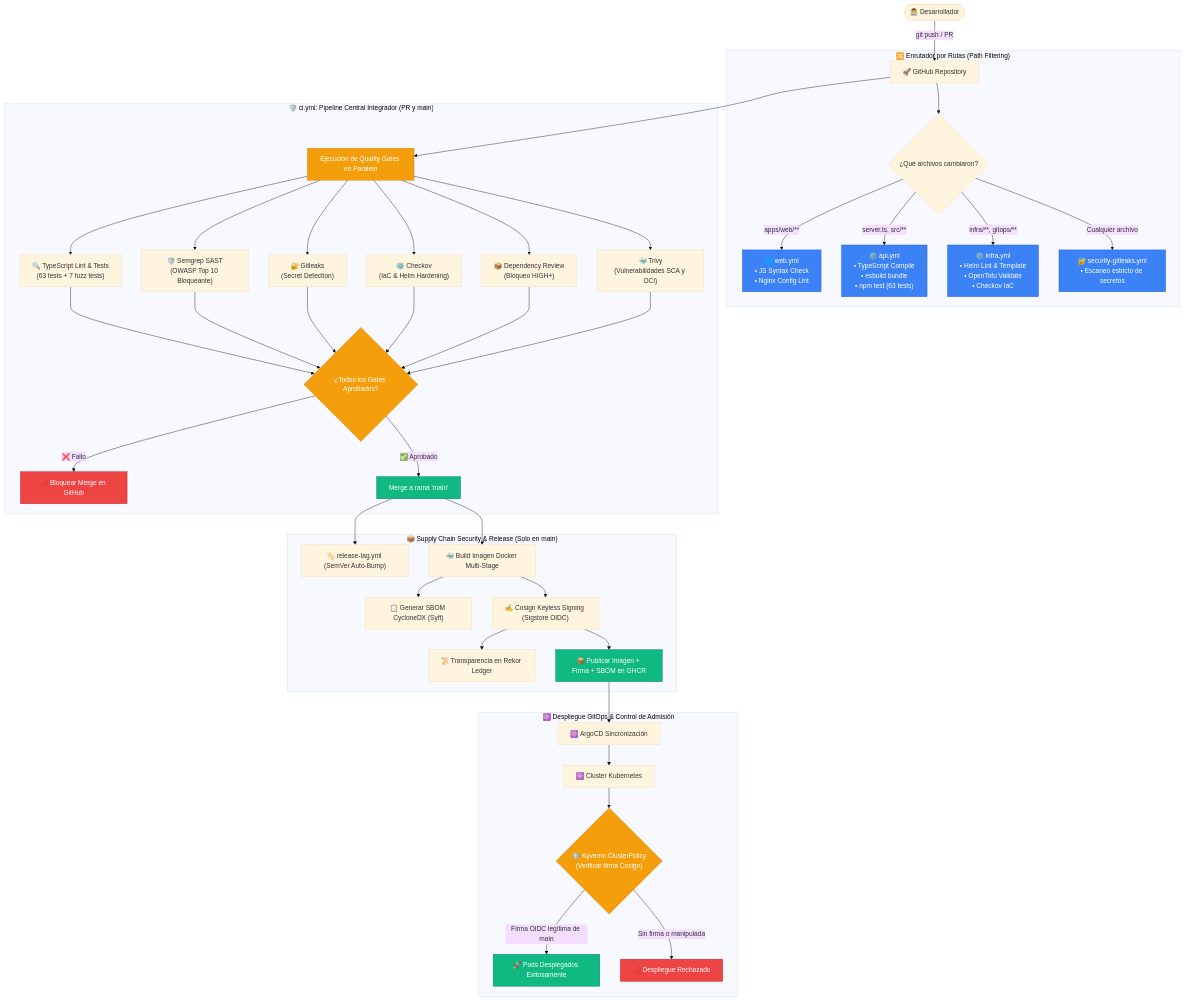
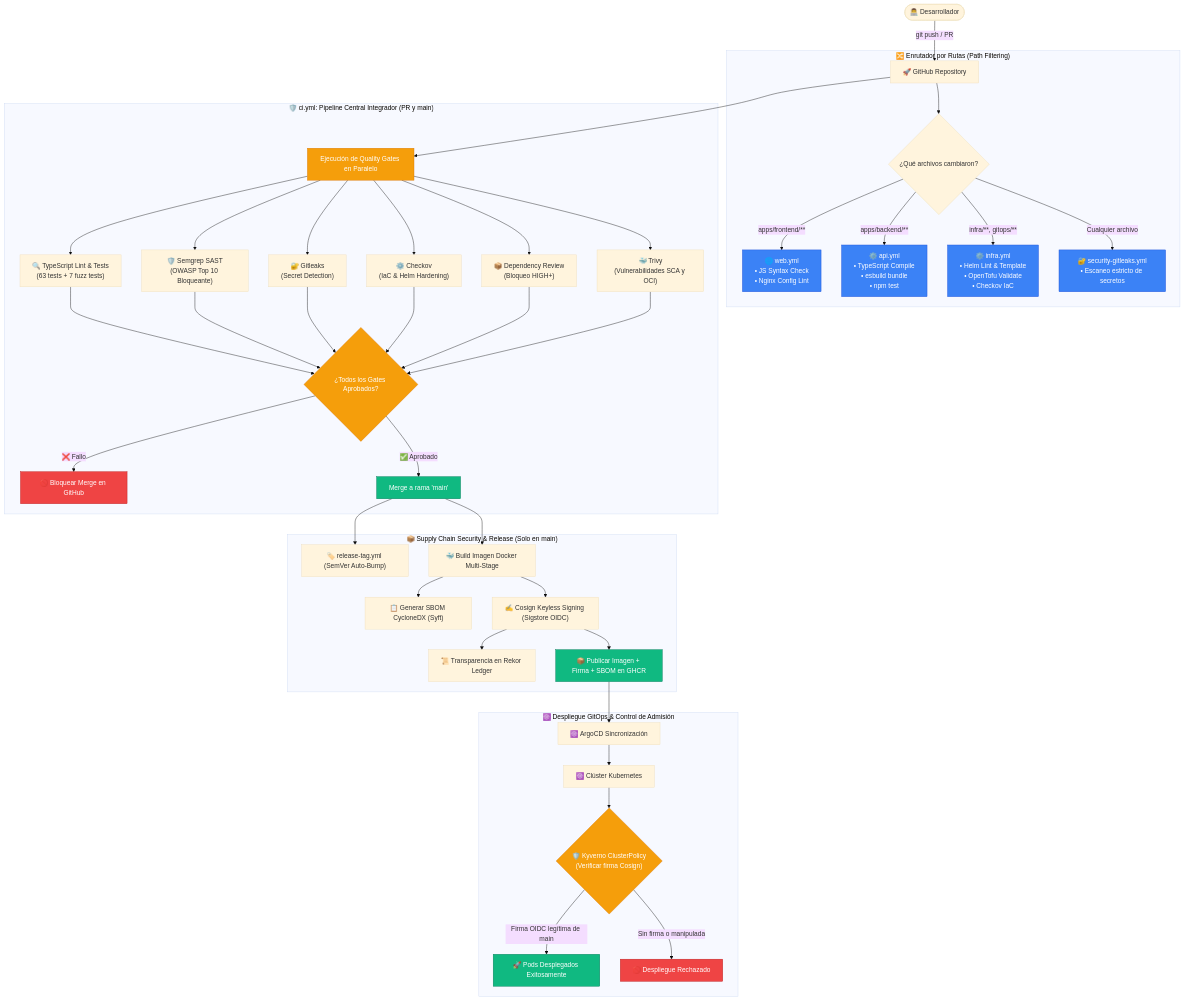
One commit to rocapellino/pokedex changed the diagram in docs/devops/GITHUB_WORKFLOWS_GUIDE.md. Above: the diagram before and after it, drawn with Mermaid (base theme). The commit also changed other lines of this file and 62 other files, not shown here.

Commit message:
feat(architecture): migrar a monorepo workspaces, sonarqube, megalinter y quality gates

````diff
--- a/docs/devops/GITHUB_WORKFLOWS_GUIDE.md
+++ b/docs/devops/GITHUB_WORKFLOWS_GUIDE.md
@@ -41,53 +41,53 @@
 ```mermaid
 flowchart TD
     DEV(["👨‍💻 Desarrollador"]) -->|git push / PR| GH["🚀 GitHub Repository"]
     
     subgraph TRIGGER_ROUTER ["🔀 Enrutador por Rutas (Path Filtering)"]
         GH --> CHK_PATH{"¿Qué archivos cambiaron?"}
-        CHK_PATH -->|apps/web/**| WF_WEB["🌐 web.yml\n• JS Syntax Check\n• Nginx Config Lint"]
-        CHK_PATH -->|server.ts, src/**| WF_API["⚙️ api.yml\n• TypeScript Compile\n• esbuild bundle\n• npm test (63 tests)"]
+        CHK_PATH -->|apps/frontend/**| WF_WEB["🌐 web.yml\n• JS Syntax Check\n• Nginx Config Lint"]
+        CHK_PATH -->|apps/backend/**| WF_API["⚙️ api.yml\n• TypeScript Compile\n• esbuild bundle\n• npm test"]
         CHK_PATH -->|infra/**, gitops/**| WF_INFRA["⚙️ infra.yml\n• Helm Lint & Template\n• OpenTofu Validate\n• Checkov IaC"]
         CHK_PATH -->|Cualquier archivo| WF_LEAKS["🔐 security-gitleaks.yml\n• Escaneo estricto de secretos"]
     end
 
     subgraph CI_PIPELINE ["🛡️ ci.yml: Pipeline Central Integrador (PR y main)"]
         GH --> GATES_PARALLEL["Ejecución de Quality Gates en Paralelo"]
         GATES_PARALLEL --> QG1["🔍 TypeScript Lint & Tests\n(63 tests + 7 fuzz tests)"]
         GATES_PARALLEL --> QG2["🛡️ Semgrep SAST\n(OWASP Top 10 Bloqueante)"]
         GATES_PARALLEL --> QG3["🔐 Gitleaks\n(Secret Detection)"]
         GATES_PARALLEL --> QG4["⚙️ Checkov\n(IaC & Helm Hardening)"]
         GATES_PARALLEL --> QG5["📦 Dependency Review\n(Bloqueo HIGH+)"]
         GATES_PARALLEL --> QG6["🐳 Trivy\n(Vulnerabilidades SCA y OCI)"]
         
         QG1 & QG2 & QG3 & QG4 & QG5 & QG6 --> GATE_DECISION{"¿Todos los Gates Aprobados?"}
         GATE_DECISION -->|❌ Fallo| BLOCK_PR["🚫 Bloquear Merge en GitHub"]
         GATE_DECISION -->|✅ Aprobado| MERGE_MAIN["Merge a rama 'main'"]
     end
 
     subgraph SUPPLY_CHAIN ["📦 Supply Chain Security & Release (Solo en main)"]
         MERGE_MAIN --> BUMP["🏷️ release-tag.yml (SemVer Auto-Bump)"]
         MERGE_MAIN --> DOCKER_BUILD["🐳 Build Imagen Docker Multi-Stage"]
         DOCKER_BUILD --> SYFT_SBOM["📋 Generar SBOM CycloneDX (Syft)"]
         DOCKER_BUILD --> COSIGN_SIGN["✍️ Cosign Keyless Signing (Sigstore OIDC)"]
         COSIGN_SIGN --> REKOR["📜 Transparencia en Rekor Ledger"]
         COSIGN_SIGN --> PUSH_GHCR["📦 Publicar Imagen + Firma + SBOM en GHCR"]
     end
 
     subgraph DEPLOYMENT ["☸️ Despliegue GitOps & Control de Admisión"]
         PUSH_GHCR --> ARGO["☸️ ArgoCD Sincronización"]
         ARGO --> K8S["☸️ Clúster Kubernetes"]
         K8S --> KYVERNO{"🛡️ Kyverno ClusterPolicy\n(Verificar firma Cosign)"}
         KYVERNO -->|Firma OIDC legítima de main| DEPLOY_OK["🚀 Pods Desplegados Exitosamente"]
         KYVERNO -->|Sin firma o manipulada| DEPLOY_FAIL["🚫 Despliegue Rechazado"]
     end
 
     classDef normal fill:#3b82f6,stroke:#1d4ed8,color:#fff;
     classDef gate fill:#f59e0b,stroke:#d97706,color:#fff;
     classDef success fill:#10b981,stroke:#047857,color:#fff;
     classDef error fill:#ef4444,stroke:#b91c1c,color:#fff;
 
     class WF_WEB,WF_API,WF_INFRA,WF_LEAKS normal;
     class GATES_PARALLEL,GATE_DECISION,KYVERNO gate;
     class MERGE_MAIN,PUSH_GHCR,DEPLOY_OK success;
     class BLOCK_PR,DEPLOY_FAIL error;
 ```
````
